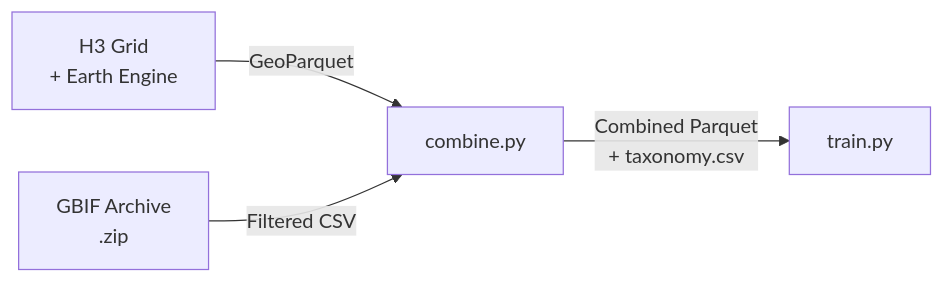
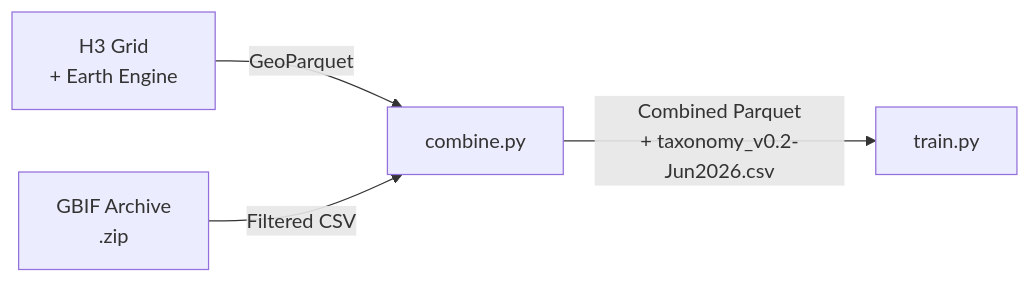
One commit to birdnet-team/geomodel changed the diagram in docs/pipeline/overview.md. Above: the diagram before and after it, drawn with Mermaid. The commit also changed 13 other files, not shown here.

````diff
--- a/docs/pipeline/overview.md
+++ b/docs/pipeline/overview.md
@@ -5,6 +5,6 @@
 ```mermaid
 graph LR
     A["H3 Grid<br/>+ Earth Engine"] -->|GeoParquet| C[combine.py]
     B["GBIF Archive<br/>.zip"] -->|Filtered CSV| C
-    C -->|"Combined Parquet<br/>+ taxonomy.csv"| D[train.py]
+    C -->|"Combined Parquet<br/>+ taxonomy_v0.2-Jun2026.csv"| D[train.py]
 ```
````
